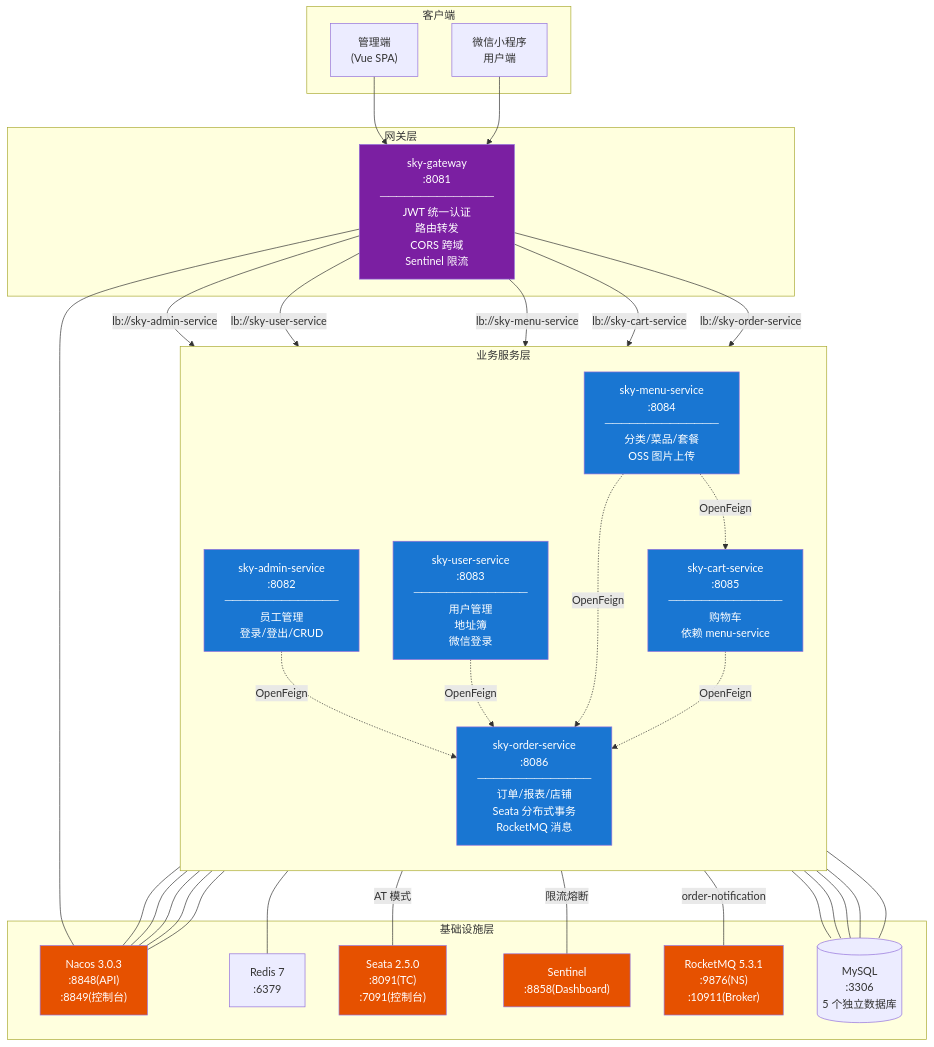
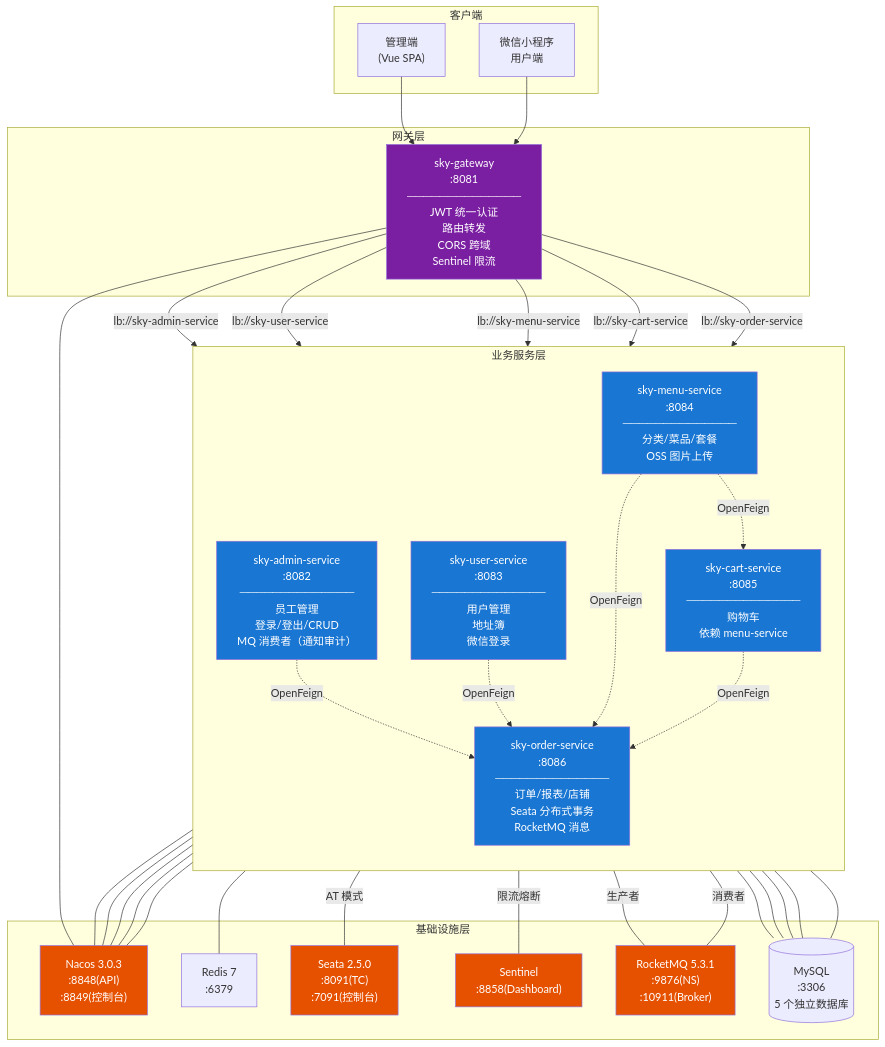
The first of 2 diagrams in README.md (huang-sitong/takeout), drawn with Mermaid before and after one commit. The commit also changed other lines of this file and 1 other file, not shown here.

````diff
--- a/README.md
+++ b/README.md
@@ -36,73 +36,74 @@
 ```mermaid
 graph TB
     subgraph 客户端["客户端"]
         Admin["管理端<br/>(Vue SPA)"]
         WxApp["微信小程序<br/>用户端"]
     end
 
     subgraph 网关层["网关层"]
         GW["sky-gateway<br/>:8081<br/>──────────────<br/>JWT 统一认证<br/>路由转发<br/>CORS 跨域<br/>Sentinel 限流"]
     end
 
     subgraph 业务服务层["业务服务层"]
         direction TB
-        AdminSvc["sky-admin-service<br/>:8082<br/>──────────────<br/>员工管理<br/>登录/登出/CRUD"]
+        AdminSvc["sky-admin-service<br/>:8082<br/>──────────────<br/>员工管理<br/>登录/登出/CRUD<br/>MQ 消费者（通知审计）"]
         UserSvc["sky-user-service<br/>:8083<br/>──────────────<br/>用户管理<br/>地址簿<br/>微信登录"]
         MenuSvc["sky-menu-service<br/>:8084<br/>──────────────<br/>分类/菜品/套餐<br/>OSS 图片上传"]
         CartSvc["sky-cart-service<br/>:8085<br/>──────────────<br/>购物车<br/>依赖 menu-service"]
         OrderSvc["sky-order-service<br/>:8086<br/>──────────────<br/>订单/报表/店铺<br/>Seata 分布式事务<br/>RocketMQ 消息"]
     end
 
     subgraph 中间件层["基础设施层"]
         Nacos["Nacos 3.0.3<br/>:8848(API)<br/>:8849(控制台)"]
         Redis["Redis 7<br/>:6379"]
         Seata["Seata 2.5.0<br/>:8091(TC)<br/>:7091(控制台)"]
         Sentinel["Sentinel<br/>:8858(Dashboard)"]
         RocketMQ["RocketMQ 5.3.1<br/>:9876(NS)<br/>:10911(Broker)"]
         MySQL[("MySQL<br/>:3306<br/>5 个独立数据库")]
     end
 
     Admin --> GW
     WxApp --> GW
 
     GW -->|"lb://sky-admin-service"| AdminSvc
     GW -->|"lb://sky-user-service"| UserSvc
     GW -->|"lb://sky-menu-service"| MenuSvc
     GW -->|"lb://sky-cart-service"| CartSvc
     GW -->|"lb://sky-order-service"| OrderSvc
 
     AdminSvc -.->|"OpenFeign"| OrderSvc
     UserSvc -.->|"OpenFeign"| OrderSvc
     MenuSvc -.->|"OpenFeign"| OrderSvc
     CartSvc -.->|"OpenFeign"| OrderSvc
     MenuSvc -.->|"OpenFeign"| CartSvc
 
     AdminSvc --- Nacos
     UserSvc --- Nacos
     MenuSvc --- Nacos
     CartSvc --- Nacos
     OrderSvc --- Nacos
     GW --- Nacos
 
     OrderSvc ---|"AT 模式"| Seata
-    OrderSvc ---|"order-notification"| RocketMQ
+    OrderSvc ---|"生产者"| RocketMQ
+    RocketMQ ---|"消费者"| AdminSvc
     OrderSvc ---|"限流熔断"| Sentinel
     MenuSvc --- Redis
 
     AdminSvc --- MySQL
     UserSvc --- MySQL
     MenuSvc --- MySQL
     CartSvc --- MySQL
     OrderSvc --- MySQL
 
     style GW fill:#7B1FA2,color:#fff
     style AdminSvc fill:#1976D2,color:#fff
     style UserSvc fill:#1976D2,color:#fff
     style MenuSvc fill:#1976D2,color:#fff
     style CartSvc fill:#1976D2,color:#fff
     style OrderSvc fill:#1976D2,color:#fff
     style Nacos fill:#E65100,color:#fff
     style Sentinel fill:#E65100,color:#fff
     style Seata fill:#E65100,color:#fff
     style RocketMQ fill:#E65100,color:#fff
 ```
````
